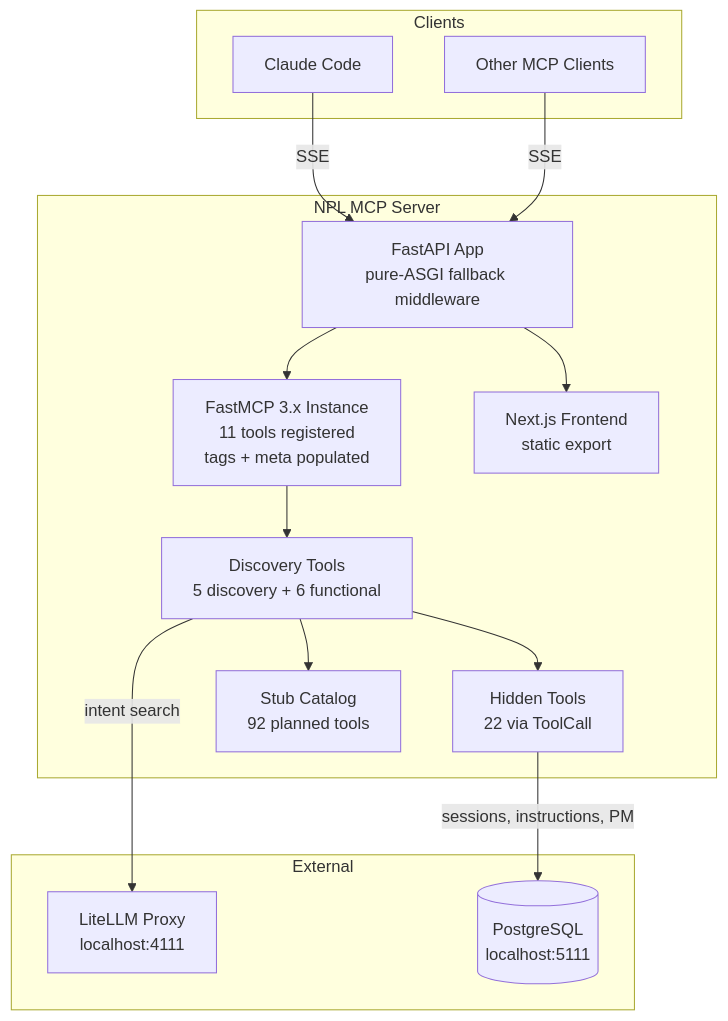
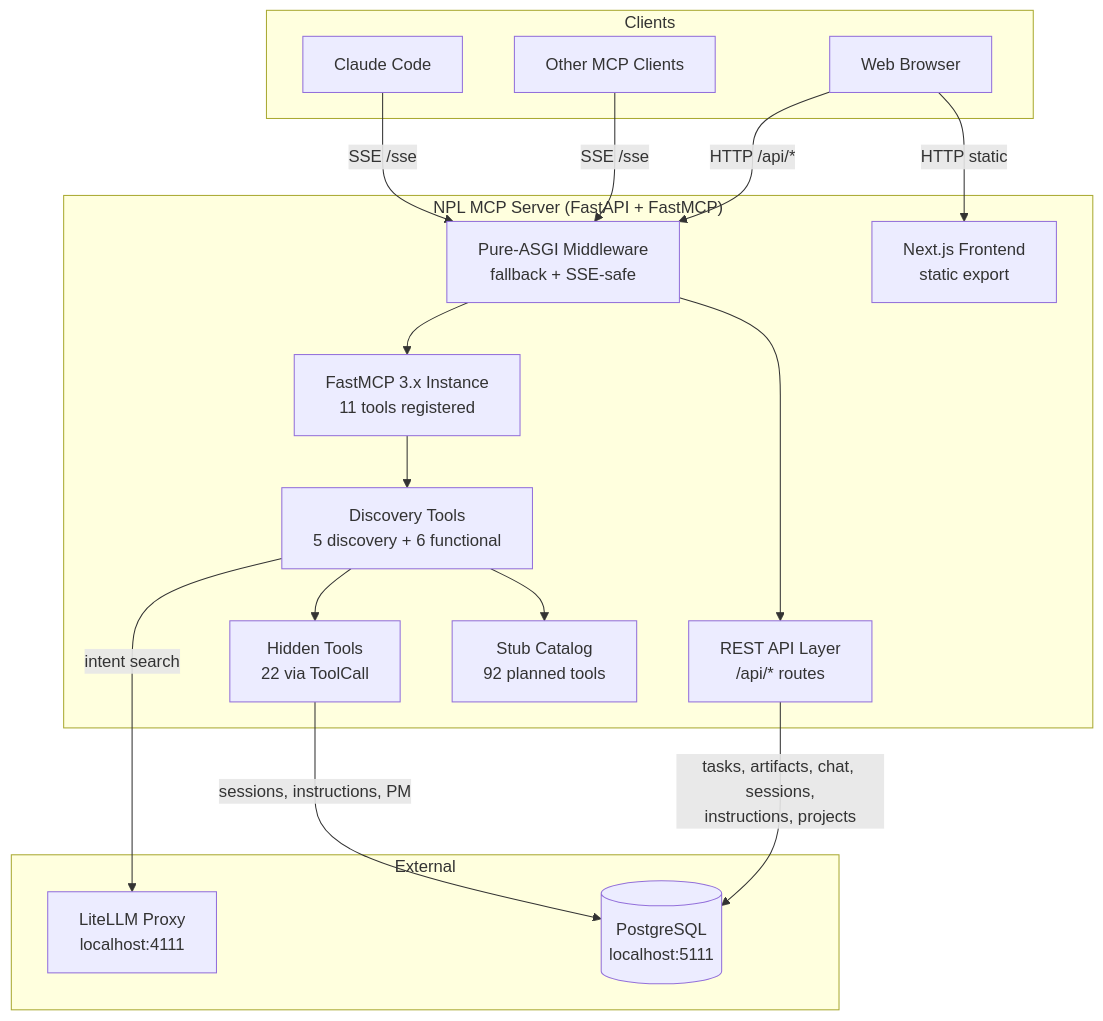
One commit to noizu-labs-ml/NoizuPromptLingo changed the diagram in docs/PROJ-ARCH.md. Above: the diagram before and after it, drawn with Mermaid. The commit also changed other lines of this file and 620 other files, not shown here.

````diff
--- a/docs/PROJ-ARCH.md
+++ b/docs/PROJ-ARCH.md
@@ -11,31 +11,36 @@
 ```mermaid
 graph TB
     subgraph Clients
         CC[Claude Code]
         Other[Other MCP Clients]
+        Browser[Web Browser]
     end
 
-    subgraph "NPL MCP Server"
-        API[FastAPI App<br/>pure-ASGI fallback middleware]
-        MCP[FastMCP 3.x Instance<br/>11 tools registered<br/>tags + meta populated]
+    subgraph "NPL MCP Server (FastAPI + FastMCP)"
+        MW[Pure-ASGI Middleware<br/>fallback + SSE-safe]
+        MCP[FastMCP 3.x Instance<br/>11 tools registered]
+        REST[REST API Layer<br/>/api/* routes]
         Meta[Discovery Tools<br/>5 discovery + 6 functional]
         Hidden[Hidden Tools<br/>22 via ToolCall]
         Stubs[Stub Catalog<br/>92 planned tools]
         FE[Next.js Frontend<br/>static export]
     end
 
     subgraph External
         LLM[LiteLLM Proxy<br/>localhost:4111]
         DB[(PostgreSQL<br/>localhost:5111)]
     end
 
-    CC -->|SSE| API
-    Other -->|SSE| API
-    API --> MCP
+    CC -->|SSE /sse| MW
+    Other -->|SSE /sse| MW
+    Browser -->|HTTP /api/*| MW
+    Browser -->|HTTP static| FE
+    MW --> MCP
+    MW --> REST
     MCP --> Meta
     Meta --> Hidden
     Meta --> Stubs
     Meta -->|intent search| LLM
     Hidden -->|sessions, instructions, PM| DB
-    API --> FE
+    REST -->|tasks, artifacts, chat, sessions,<br/>instructions, projects| DB
 ```
````
